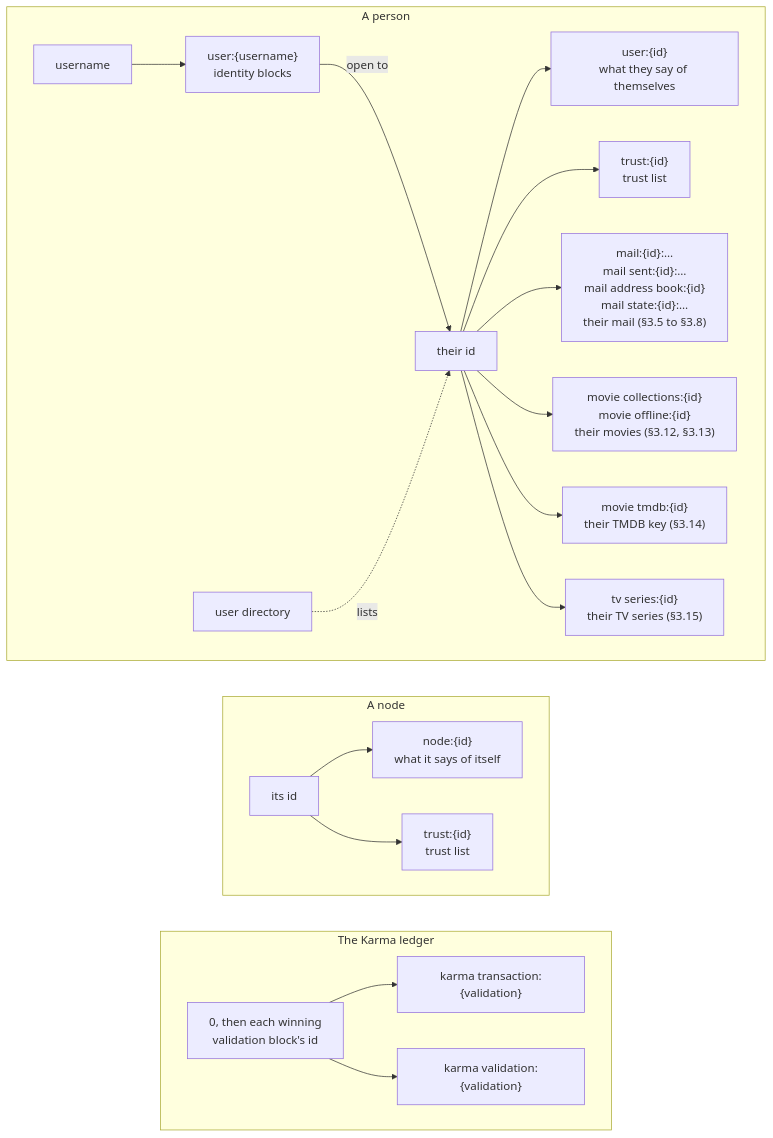
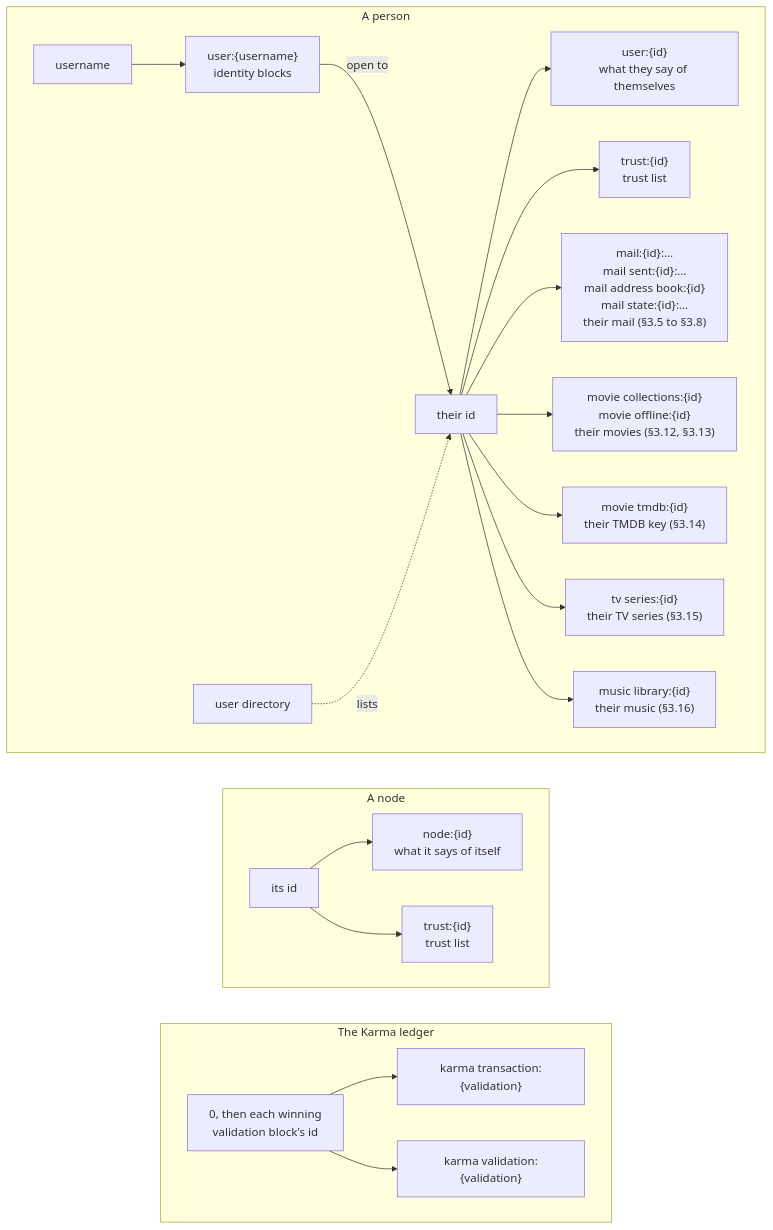
One commit to marcpage/libranet changed the first of 2 diagrams in docs/specs/KnownDrops.md. Above: the diagram before and after it, drawn with Mermaid. The commit also changed other lines of this file and 5 other files, not shown here.

````diff
--- a/docs/specs/KnownDrops.md
+++ b/docs/specs/KnownDrops.md
@@ -38,27 +39,28 @@
 ```mermaid
 flowchart TB
     subgraph person["A person"]
         direction LR
         username["username"] --> blocks["user:{username}<br/>identity blocks"]
         blocks -->|"open to"| pid["their id"]
         directory["user directory"] -.->|lists| pid
         pid --> says["user:{id}<br/>what they say of themselves"]
         pid --> ptrust["trust:{id}<br/>trust list"]
         pid --> mail["mail:{id}:…<br/>mail sent:{id}:…<br/>mail address book:{id}<br/>mail state:{id}:…<br/>their mail (§3.5 to §3.8)"]
         pid --> movie["movie collections:{id}<br/>movie offline:{id}<br/>their movies (§3.12, §3.13)"]
         pid --> tmdb["movie tmdb:{id}<br/>their TMDB key (§3.14)"]
         pid --> tv["tv series:{id}<br/>their TV series (§3.15)"]
+        pid --> music["music library:{id}<br/>their music (§3.16)"]
     end
     subgraph node["A node"]
         direction LR
         nid["its id"] --> nsays["node:{id}<br/>what it says of itself"]
         nid --> ntrust["trust:{id}<br/>trust list"]
     end
     subgraph karma["The Karma ledger"]
         direction LR
         validation["0, then each winning<br/>validation block's id"] --> kt["karma transaction:{validation}"]
         validation --> kv["karma validation:{validation}"]
     end
     person ~~~ node
     node ~~~ karma
 ```
````
